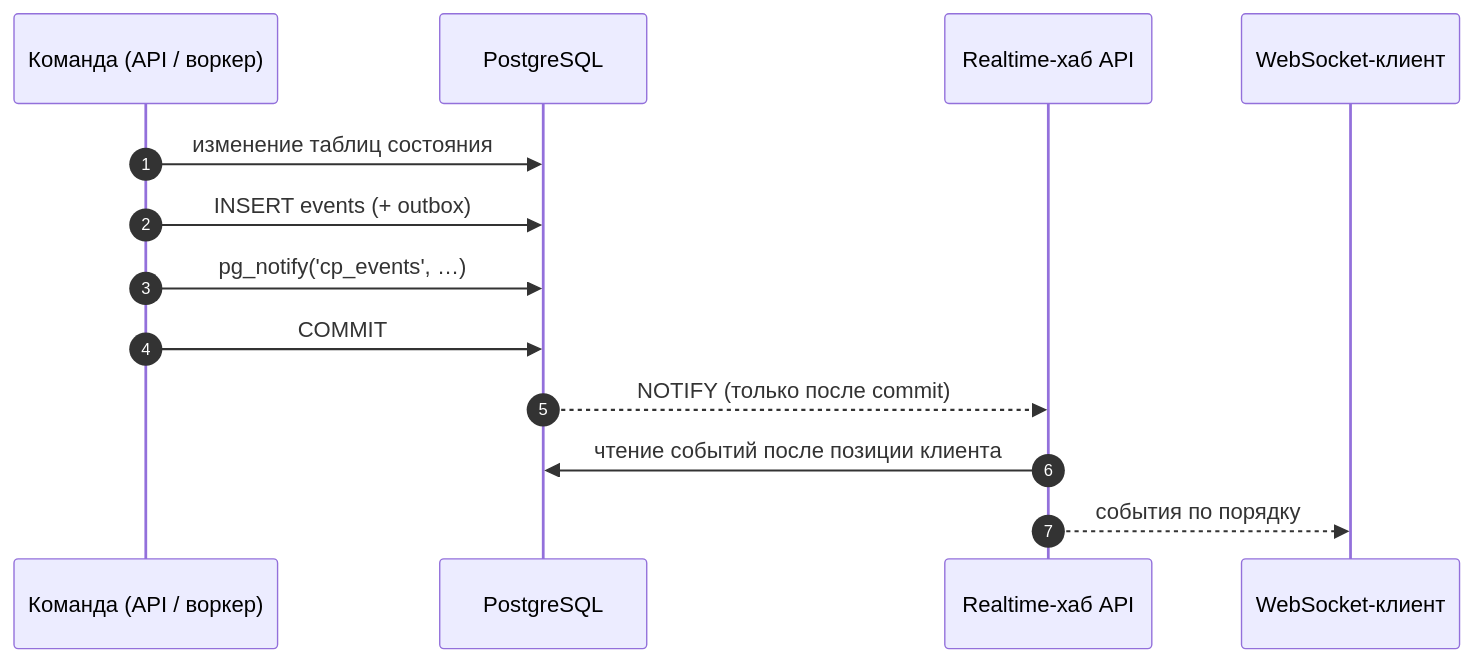
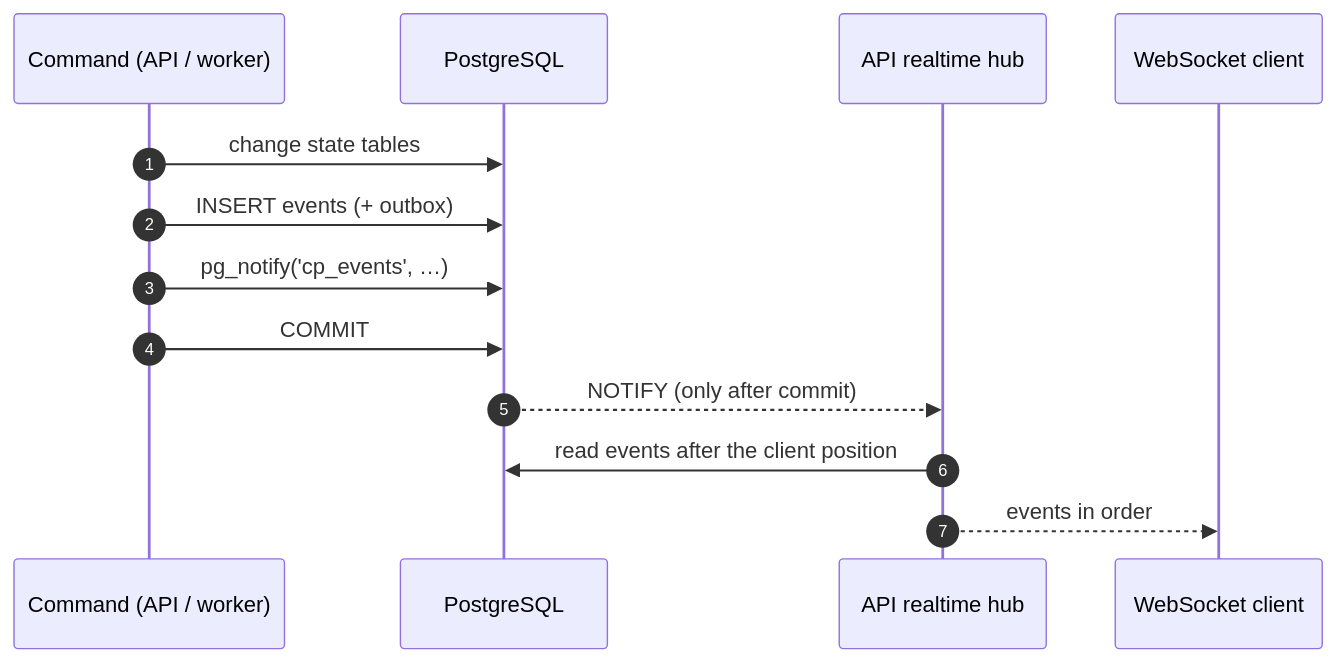
The first of 2 diagrams in guide/docs/control-plane/events.md (monthu56/taimen), drawn with Mermaid before and after one commit. The commit also changed other lines of this file and 183 other files, not shown here.

````diff
--- a/guide/docs/control-plane/events.md
+++ b/guide/docs/control-plane/events.md
@@ -15,15 +16,15 @@
 ```mermaid
 sequenceDiagram
     autonumber
-    participant Cmd as Команда (API / воркер)
+    participant Cmd as Command (API / worker)
     participant DB as PostgreSQL
-    participant Hub as Realtime-хаб API
-    participant WS as WebSocket-клиент
-    Cmd->>DB: изменение таблиц состояния
+    participant Hub as API realtime hub
+    participant WS as WebSocket client
+    Cmd->>DB: change state tables
     Cmd->>DB: INSERT events (+ outbox)
     Cmd->>DB: pg_notify('cp_events', …)
     Cmd->>DB: COMMIT
-    DB-->>Hub: NOTIFY (только после commit)
-    Hub->>DB: чтение событий после позиции клиента
-    Hub-->>WS: события по порядку
+    DB-->>Hub: NOTIFY (only after commit)
+    Hub->>DB: read events after the client position
+    Hub-->>WS: events in order
 ```
````
